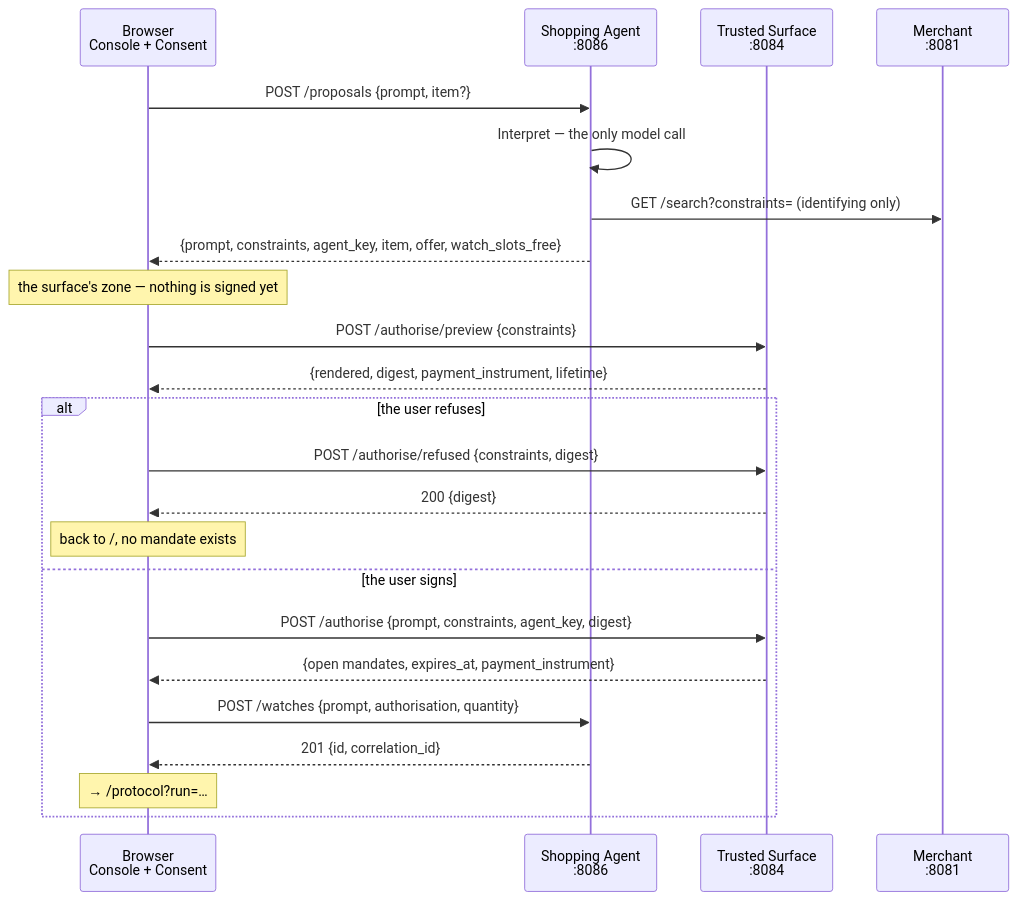
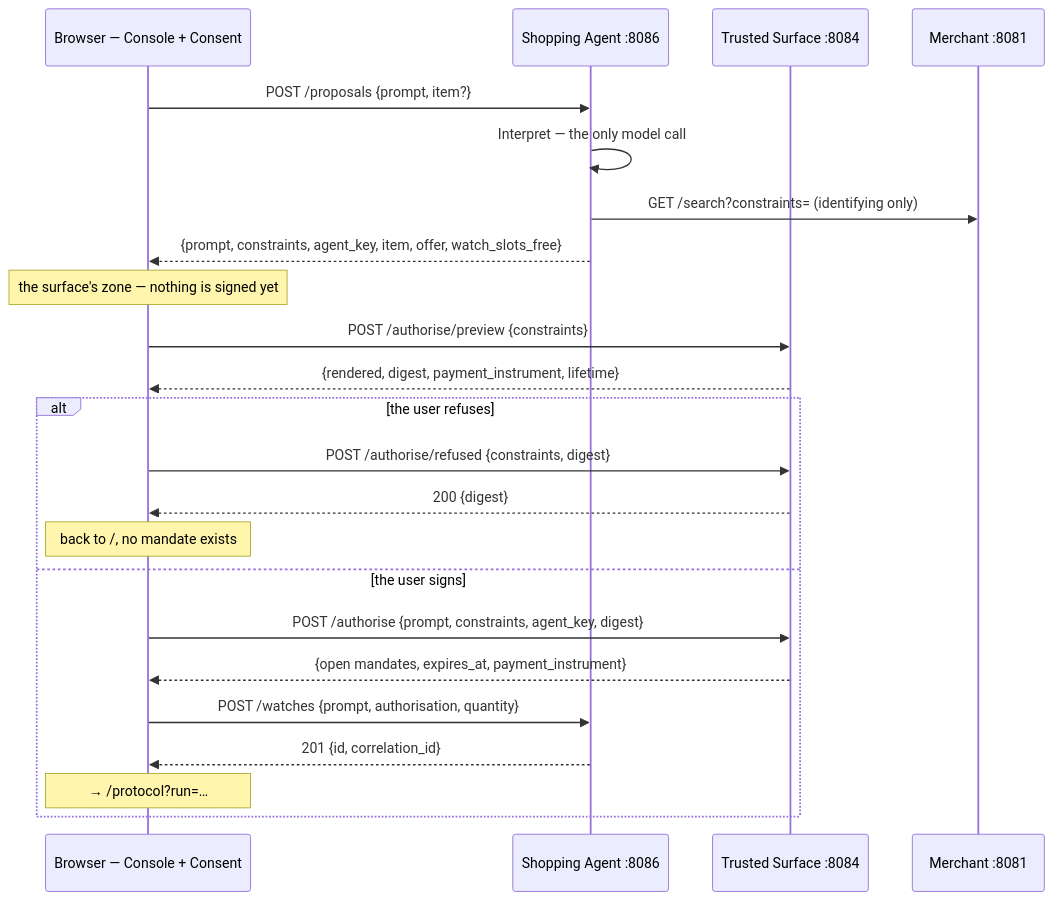
The diagram in docs/specs/2026-08-10-trusted-surface-consent-design.md (SkylinePlatform/agentic-payments), drawn with Mermaid before and after one commit. The commit also changed 6 other files, not shown here.

First line of the commit message:
docs: diagrams that glue their own words on the renderer readers use (#264)

````diff
--- a/docs/specs/2026-08-10-trusted-surface-consent-design.md
+++ b/docs/specs/2026-08-10-trusted-surface-consent-design.md
@@ -44,28 +44,28 @@
 ```mermaid
 sequenceDiagram
-    participant B as Browser<br/>Console + Consent
-    participant A as Shopping Agent<br/>:8086
-    participant S as Trusted Surface<br/>:8084
-    participant M as Merchant<br/>:8081
+    participant B as Browser — Console + Consent
+    participant A as Shopping Agent :8086
+    participant S as Trusted Surface :8084
+    participant M as Merchant :8081
 
     B->>A: POST /proposals {prompt, item?}
     A->>A: Interpret — the only model call
     A->>M: GET /search?constraints= (identifying only)
     A-->>B: {prompt, constraints, agent_key, item, offer, watch_slots_free}
 
     Note over B: the surface's zone — nothing is signed yet
     B->>S: POST /authorise/preview {constraints}
     S-->>B: {rendered, digest, payment_instrument, lifetime}
 
     alt the user refuses
         B->>S: POST /authorise/refused {constraints, digest}
         S-->>B: 200 {digest}
         Note over B: back to /, no mandate exists
     else the user signs
         B->>S: POST /authorise {prompt, constraints, agent_key, digest}
         S-->>B: {open mandates, expires_at, payment_instrument}
         B->>A: POST /watches {prompt, authorisation, quantity}
         A-->>B: 201 {id, correlation_id}
         Note over B: → /protocol?run=…
     end
 ```
````
